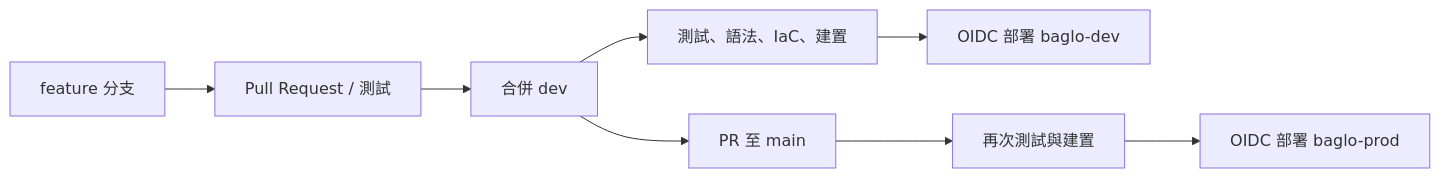
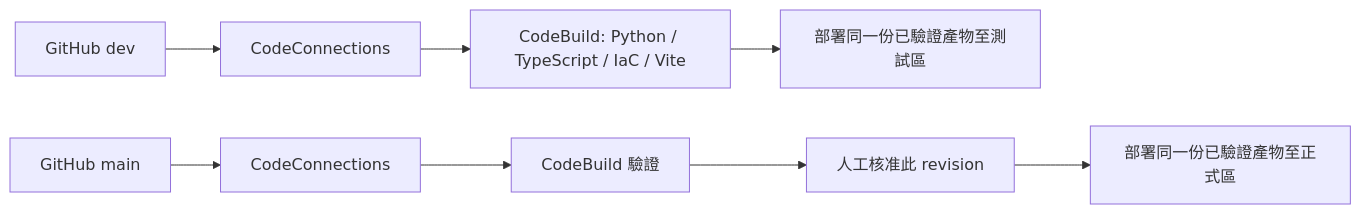
One commit to kos8123/Baglo changed the second of 2 diagrams in README.md. Above: the diagram before and after it, drawn with Mermaid. The commit also changed other lines of this file and 34 other files, not shown here.

````diff
--- a/README.md
+++ b/README.md
@@ -118,10 +118,10 @@
 ```mermaid
 flowchart LR
-    Feature[feature 分支] --> PR[Pull Request / 測試]
-    PR --> Dev[合併 dev]
-    Dev --> DevCI[測試、語法、IaC、建置]
-    DevCI --> DevDeploy[OIDC 部署 baglo-dev]
-    Dev --> Review[PR 至 main]
-    Review --> MainCI[再次測試與建置]
-    MainCI --> ProdDeploy[OIDC 部署 baglo-prod]
+    Dev[GitHub dev] --> DevSource[CodeConnections]
+    DevSource --> DevCheck[CodeBuild: Python / TypeScript / IaC / Vite]
+    DevCheck --> DevDeploy[部署同一份已驗證產物至測試區]
+    Main[GitHub main] --> ProdSource[CodeConnections]
+    ProdSource --> ProdCheck[CodeBuild 驗證]
+    ProdCheck --> Approval[人工核准此 revision]
+    Approval --> ProdDeploy[部署同一份已驗證產物至正式區]
 ```
````
